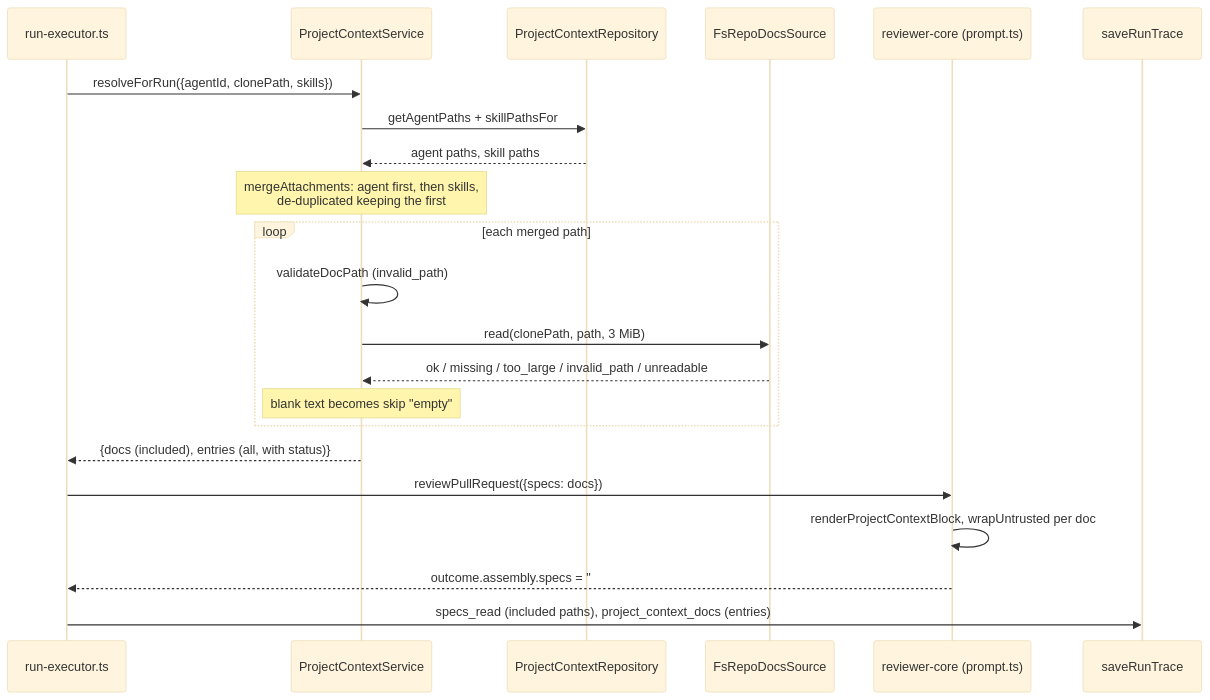
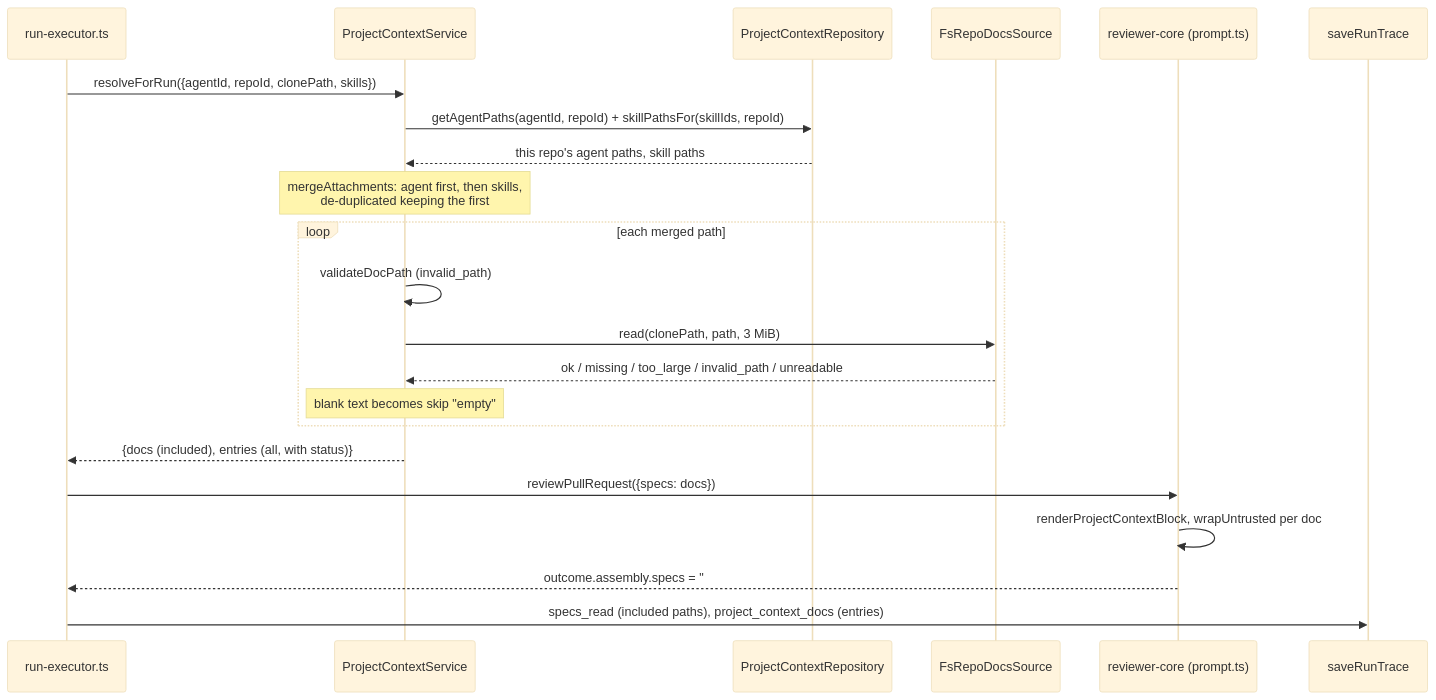
One commit to MShcherbyna/dev-digest changed the second of 2 diagrams in server/docs/project-context.md. Above: the diagram before and after it, drawn with Mermaid (base theme). The commit also changed other lines of this file and 32 other files, not shown here.

First line of the commit message:
L05-lab: store Project Context attachments per repository (agent x repo, skill x repo)

````diff
--- a/server/docs/project-context.md
+++ b/server/docs/project-context.md
@@ -136,25 +162,25 @@
 ```mermaid
 sequenceDiagram
   participant RE as run-executor.ts
   participant PC as ProjectContextService
   participant ST as ProjectContextRepository
   participant FS as FsRepoDocsSource
   participant RC as reviewer-core (prompt.ts)
   participant TR as saveRunTrace
 
-  RE->>PC: resolveForRun({agentId, clonePath, skills})
-  PC->>ST: getAgentPaths + skillPathsFor
-  ST-->>PC: agent paths, skill paths
+  RE->>PC: resolveForRun({agentId, repoId, clonePath, skills})
+  PC->>ST: getAgentPaths(agentId, repoId) + skillPathsFor(skillIds, repoId)
+  ST-->>PC: this repo's agent paths, skill paths
   Note over PC: mergeAttachments: agent first, then skills,<br/>de-duplicated keeping the first
   loop each merged path
     PC->>PC: validateDocPath (invalid_path)
     PC->>FS: read(clonePath, path, 3 MiB)
     FS-->>PC: ok / missing / too_large / invalid_path / unreadable
     Note over PC: blank text becomes skip "empty"
   end
   PC-->>RE: {docs (included), entries (all, with status)}
   RE->>RC: reviewPullRequest({specs: docs})
   RC->>RC: renderProjectContextBlock, wrapUntrusted per doc
   RC-->>RE: outcome.assembly.specs = "## Project context ..."
   RE->>TR: specs_read (included paths), project_context_docs (entries)
 ```
````
